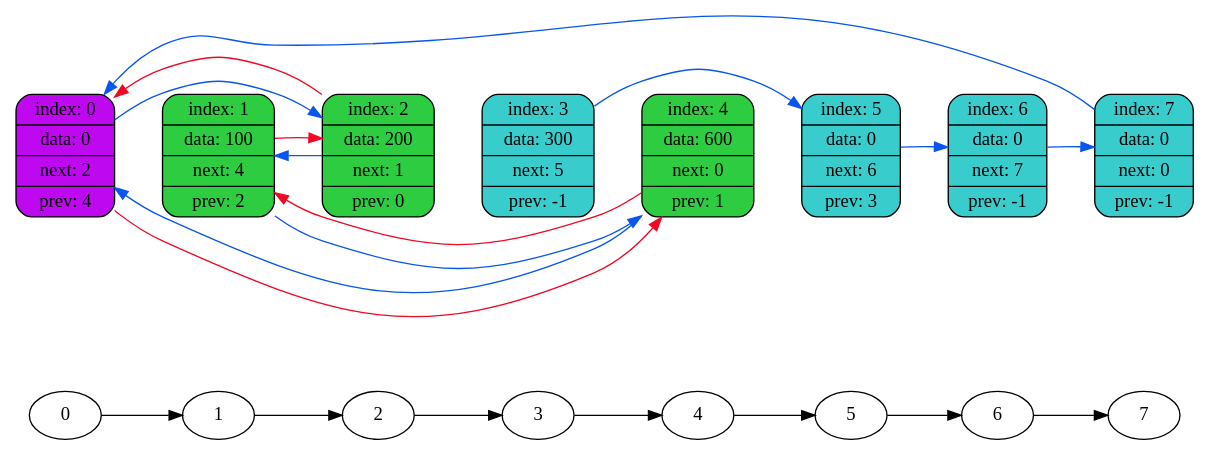
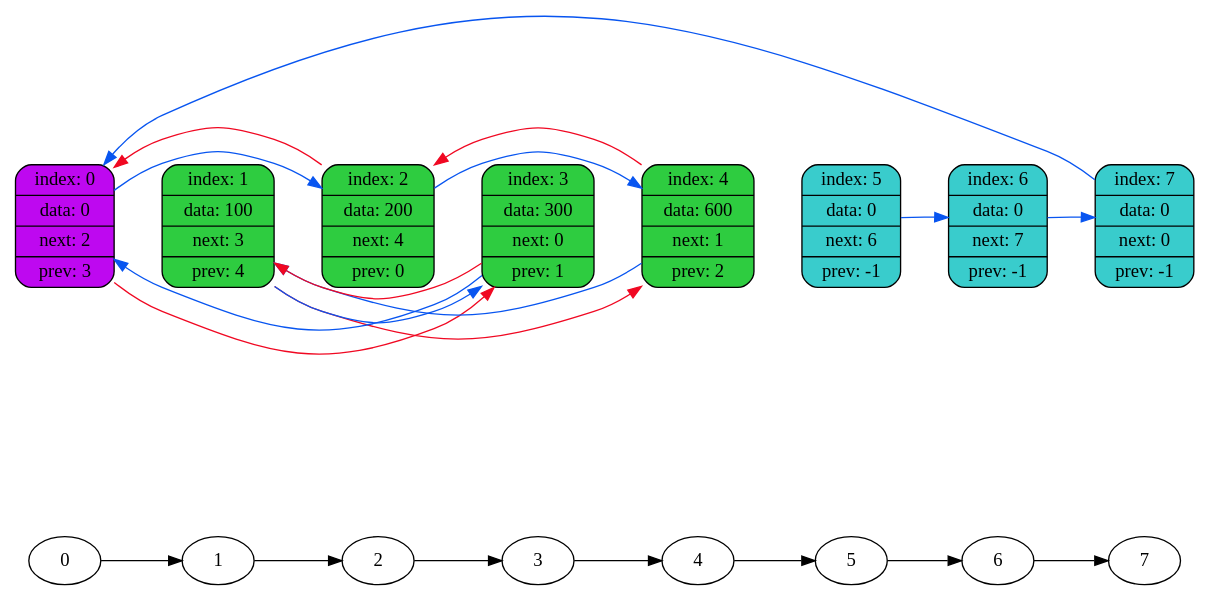
The diagram in data/dump2.dot (coffee8cat/list), drawn with Graphviz before and after one commit. The commit also changed 7 other files, not shown here.

```diff
--- a/data/dump2.dot
+++ b/data/dump2.dot
@@ -1,45 +1,46 @@
 digraph
 {
     rankdir=LR
 
     "0" -> "1" -> "2" -> "3" -> "4" -> "5" -> "6" -> "7";
 
-    node3[shape=record,style="rounded,filled",fillcolor="#39CCCC",label="index: 3 | data: 300 | next: 5 | prev: -1"];
-    node5[shape=record,style="rounded,filled",fillcolor="#39CCCC",label="index: 5 | data: 0 | next: 6 | prev: 3"];
+    node5[shape=record,style="rounded,filled",fillcolor="#39CCCC",label="index: 5 | data: 0 | next: 6 | prev: -1"];
     node6[shape=record,style="rounded,filled",fillcolor="#39CCCC",label="index: 6 | data: 0 | next: 7 | prev: -1"];
     node7[shape=record,style="rounded,filled",fillcolor="#39CCCC",label="index: 7 | data: 0 | next: 0 | prev: -1"];
-    node0[shape=record,style="rounded,filled",fillcolor="#BE08F0",label="index: 0 | data: 0 | next: 2 | prev: 4"];
-    node2[shape=record,style="rounded,filled",fillcolor="#2ECC40",label="index: 2 | data: 200 | next: 1 | prev: 0"];
-    node1[shape=record,style="rounded,filled",fillcolor="#2ECC40",label="index: 1 | data: 100 | next: 4 | prev: 2"];
-    node4[shape=record,style="rounded,filled",fillcolor="#2ECC40",label="index: 4 | data: 600 | next: 0 | prev: 1"];
+    node0[shape=record,style="rounded,filled",fillcolor="#BE08F0",label="index: 0 | data: 0 | next: 2 | prev: 3"];
+    node2[shape=record,style="rounded,filled",fillcolor="#2ECC40",label="index: 2 | data: 200 | next: 4 | prev: 0"];
+    node4[shape=record,style="rounded,filled",fillcolor="#2ECC40",label="index: 4 | data: 600 | next: 1 | prev: 2"];
+    node1[shape=record,style="rounded,filled",fillcolor="#2ECC40",label="index: 1 | data: 100 | next: 3 | prev: 4"];
+    node3[shape=record,style="rounded,filled",fillcolor="#2ECC40",label="index: 3 | data: 300 | next: 0 | prev: 1"];
 
     node0 -> node1[color="none",penwidth=100000000]
     {rank = same; "0"; node0}
     node1 -> node2[color="none",penwidth=100000000]
     {rank = same; "1"; node1}
     node2 -> node3[color="none",penwidth=100000000]
     {rank = same; "2"; node2}
     node3 -> node4[color="none",penwidth=100000000]
     {rank = same; "3"; node3}
     node4 -> node5[color="none",penwidth=100000000]
     {rank = same; "4"; node4}
     node5 -> node6[color="none",penwidth=100000000]
     {rank = same; "5"; node5}
     node6 -> node7[color="none",penwidth=100000000]
     {rank = same; "6"; node6}
     {rank = same; "7"; node7}
 
     node0 -> node2[color="#0855F0",constraint=false]
     node2 -> node0[color="#F00822",constraint=false]
-    node2 -> node1[color="#0855F0",constraint=false]
-    node1 -> node2[color="#F00822",constraint=false]
-    node1 -> node4[color="#0855F0",constraint=false]
-    node4 -> node1[color="#F00822",constraint=false]
-    node4 -> node0[color="#0855F0",constraint=false]
+    node2 -> node4[color="#0855F0",constraint=false]
+    node4 -> node2[color="#F00822",constraint=false]
+    node4 -> node1[color="#0855F0",constraint=false]
+    node1 -> node4[color="#F00822",constraint=false]
+    node1 -> node3[color="#0855F0",constraint=false]
+    node3 -> node1[color="#F00822",constraint=false]
+    node3 -> node0[color="#0855F0",constraint=false]
 
-    node0 -> node4[color="#F00822",constraint=false]
-    node3 -> node5[color="#0855F0",constraint=false]
+    node0 -> node3[color="#F00822",constraint=false]
     node5 -> node6[color="#0855F0",constraint=false]
     node6 -> node7[color="#0855F0",constraint=false]
     node7 -> node0[color="#0855F0",constraint=false]
 }
```
